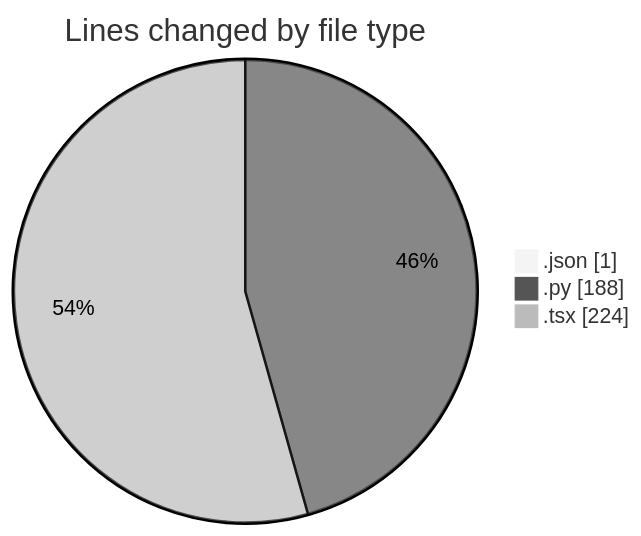
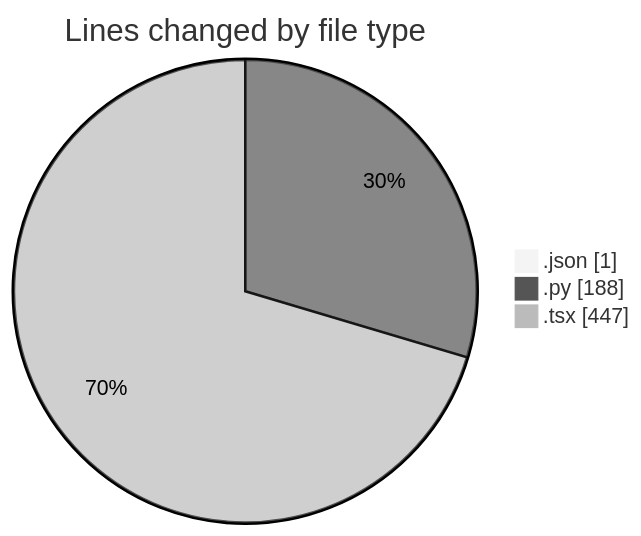
Before and after one commit to julien-gomy/code-tracking: the first of 2 diagrams in 2025-10-06/eventscop-frontend-guide__workspace_/README.md, drawn with Mermaid (neutral theme). The commit also changed other lines of this file and 1 other file, not shown here.

````diff
--- a/2025-10-06/eventscop-frontend-guide__workspace_/README.md
+++ b/2025-10-06/eventscop-frontend-guide__workspace_/README.md
@@ -22,7 +23,7 @@
 ```mermaid
 pie showData
 title Lines changed by file type
 ".json" : 1
 ".py" : 188
-".tsx" : 224
+".tsx" : 447
 ```
````
